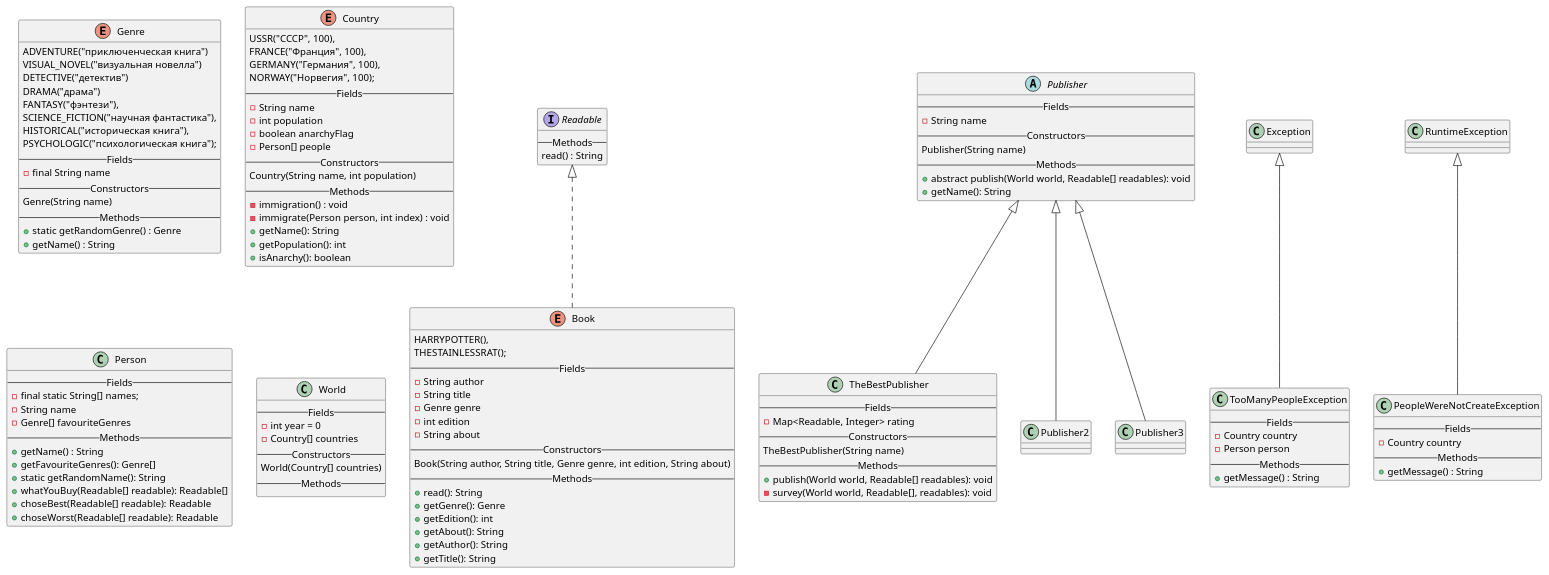
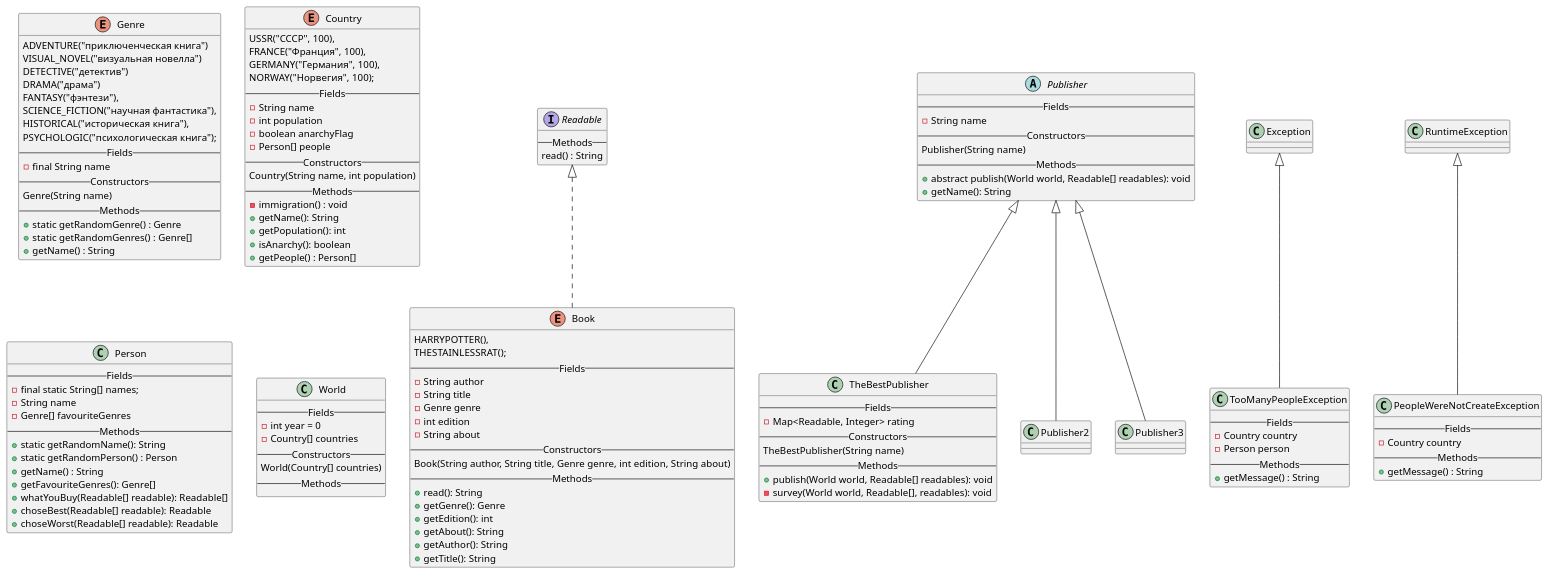
The diagram in TheBestUML.puml (Andryss/TheBestRealizationLabWork4), drawn with PlantUML before and after one commit. The commit also changed 17 other files, not shown here.

```diff
--- a/TheBestUML.puml
+++ b/TheBestUML.puml
@@ -1,161 +1,163 @@
 @startuml
 'Текст задания:
 '
 'Издательская компания «Эксмо» совместно с Hoff представила данные по
 'книжным предпочтениям россиян в 2021 году: абсолютным лидером продаж
 'стали книги (издание и переиздание) Михаила Лабковского «Хочу и буду»,
 'сообщили в пресс-службе.
 '
 'Книги психолога лидировали по продажам по всей стране: за год было
 'продано более 129 тыс. экземпляров первого издания и 34,5 тыс. второго.
 '
 'На втором месте по популярности у покупателей детектив «Внутри убийцы»
 'израильского писателя Майка Омера (более 92 тыс. экземпляров) про
 'криминального психолога-женщину, расследующую череду жестоких
 'преступлений. Тройку лидеров продаж замыкает роман «Transhumanism inc.»
 'Виктора Пелевина — новинка российского автора разошлась в количестве 71
 'тыс. экземпляров.
 
 enum Genre {
 ADVENTURE("приключенческая книга")
 VISUAL_NOVEL("визуальная новелла")
 DETECTIVE("детектив")
 DRAMA("драма")
 FANTASY("фэнтези"),
 SCIENCE_FICTION("научная фантастика"),
 HISTORICAL("историческая книга"),
 PSYCHOLOGIC("психологическая книга");
 --Fields--
 - final String name
 --Constructors--
 Genre(String name)
 --Methods--
-'dont understand "collision problem"
-'I think all is OK
 + static getRandomGenre() : Genre
++ static getRandomGenres() : Genre[]
 + getName() : String
 }
 
-'i have an idea how to create TheBestLab4.Person[]
+
 enum Country{
 USSR("СССР", 100),
 FRANCE("Франция", 100),
 GERMANY("Германия", 100),
 NORWAY("Норвегия", 100);
 --Fields--
 - String name
 - int population
 - boolean anarchyFlag
 'persons-heap :)
 - Person[] people
 --Constructors--
 Country(String name, int population)
 --Methods--
 - immigration() : void
-- immigrate(Person person, int index) : void
 + getName(): String
 + getPopulation(): int
 + isAnarchy(): boolean
++ getPeople() : Person[]
 }
 
 interface Readable {
 --Methods--
 'this method will return info about readable
 'so TheBestLab4.Book.read() should return String with author, title, genre, about fields
 read() : String
 }
 
+'REMIND TO MAKE IT CLASS
 enum Book implements Readable {
 HARRYPOTTER(),
 THESTAINLESSRAT();
 --Fields--
 - String author
 - String title
 - Genre genre
 - int edition
 - String about
 --Constructors--
 Book(String author, String title, Genre genre, int edition, String about)
 --Methods--
 + read(): String
 + getGenre(): Genre
 + getEdition(): int
 + getAbout(): String
 + getAuthor(): String
 + getTitle(): String
 }
 
 class Person {
 --Fields--
 - final static String[] names;
 - String name
 - Genre[] favouriteGenres
 --Methods--
++ static getRandomName(): String
++ static getRandomPerson() : Person
 + getName() : String
 + getFavouriteGenres(): Genre[]
-+ static getRandomName(): String
 + whatYouBuy(Readable[] readable): Readable[]
 + choseBest(Readable[] readable): Readable
 + choseWorst(Readable[] readable): Readable
 }
 
 abstract class Publisher {
 --Fields--
 - String name
 --Constructors--
 Publisher(String name)
 --Methods--
 + abstract publish(World world, Readable[] readables): void
 + getName(): String
 }
 
 
 class TheBestPublisher extends Publisher {
 --Fields--
 - Map<Readable, Integer> rating
 --Constructors--
 TheBestPublisher(String name)
 --Methods--
 + publish(World world, Readable[] readables): void
 - survey(World world, Readable[], readables): void
 }
 
 class Publisher2 extends Publisher {
 'publisher which invokes choseBest method
 }
 
 class Publisher3 extends Publisher {
 'publisher which invokes choseWorst method
 }
 
 class World {
 --Fields--
 - int year = 0
 - Country[] countries
 --Constructors--
 World(Country[] countries)
 --Methods--
 }
 
 class TooManyPeopleException extends Exception {
 'we want to have more Persons than TheBestLab4.Person[] can contain
 --Fields--
 - Country country
 ' The idea is that we can continue with our program, but
 ' if we have more People than possible the anarchy starts in country
 ' and we can't ask people in it about books
 ' funny)))
 - Person person
 --Methods--
 + getMessage() : String
 }
 
+'useless exception
 class PeopleWereNotCreateException extends RuntimeException {
 'we want to add TheBestLab4.Person and TheBestLab4.Person[] is null (not created)
 --Fields--
 - Country country
 --Methods--
 + getMessage() : String
 }
 
 @enduml
```
